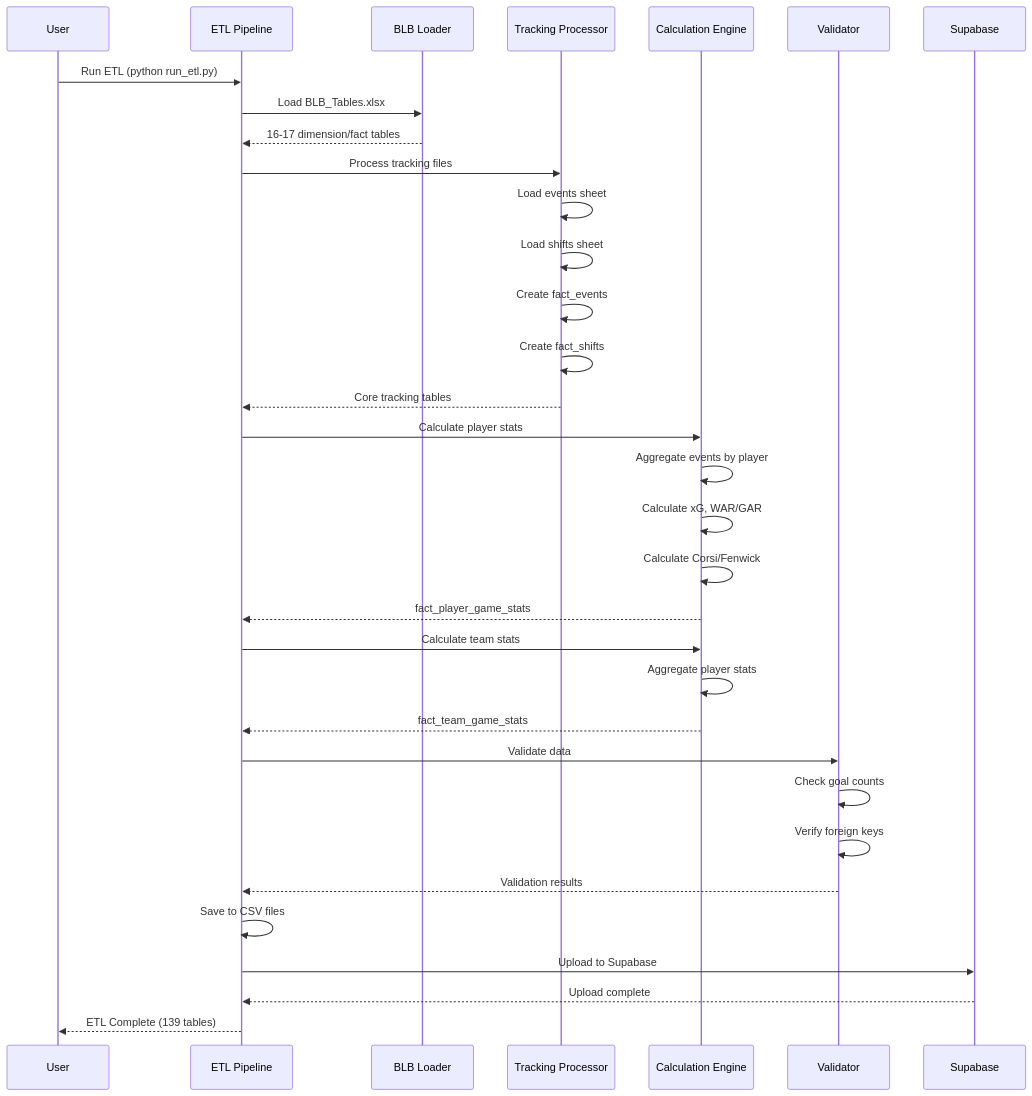
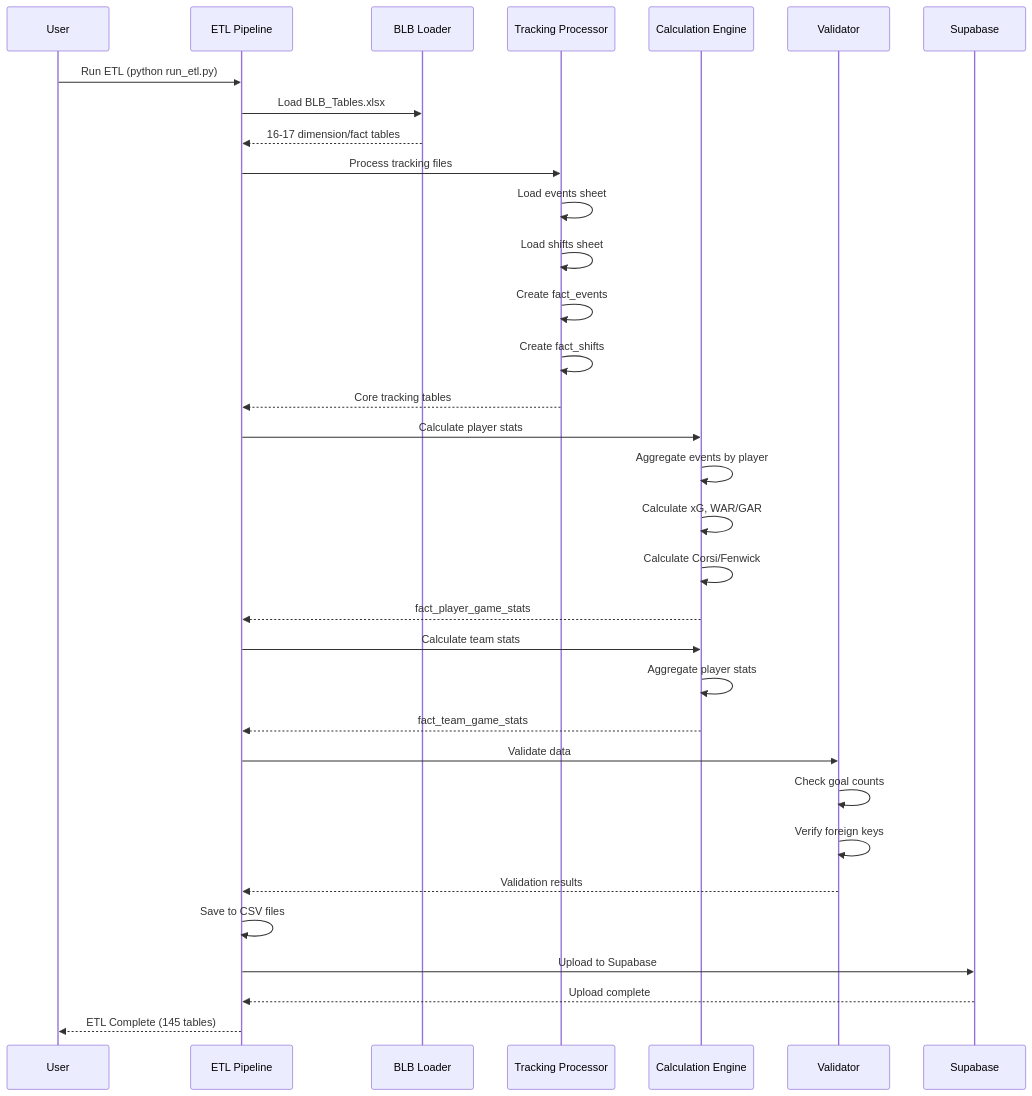
One commit to ronniepinnell/benchsight changed the fifth of 10 diagrams in docs/etl/ETL_FLOW_DIAGRAMS.md. Above: the diagram before and after it, drawn with Mermaid. The commit also changed 6 other files, not shown here.

````diff
--- a/docs/etl/ETL_FLOW_DIAGRAMS.md
+++ b/docs/etl/ETL_FLOW_DIAGRAMS.md
@@ -274,41 +274,41 @@
 ```mermaid
 sequenceDiagram
     participant User
     participant ETL as ETL Pipeline
     participant BLB as BLB Loader
     participant TRK as Tracking Processor
     participant CALC as Calculation Engine
     participant VAL as Validator
     participant DB as Supabase
     
     User->>ETL: Run ETL (python run_etl.py)
     ETL->>BLB: Load BLB_Tables.xlsx
     BLB-->>ETL: 16-17 dimension/fact tables
     
     ETL->>TRK: Process tracking files
     TRK->>TRK: Load events sheet
     TRK->>TRK: Load shifts sheet
     TRK->>TRK: Create fact_events
     TRK->>TRK: Create fact_shifts
     TRK-->>ETL: Core tracking tables
     
     ETL->>CALC: Calculate player stats
     CALC->>CALC: Aggregate events by player
     CALC->>CALC: Calculate xG, WAR/GAR
     CALC->>CALC: Calculate Corsi/Fenwick
     CALC-->>ETL: fact_player_game_stats
     
     ETL->>CALC: Calculate team stats
     CALC->>CALC: Aggregate player stats
     CALC-->>ETL: fact_team_game_stats
     
     ETL->>VAL: Validate data
     VAL->>VAL: Check goal counts
     VAL->>VAL: Verify foreign keys
     VAL-->>ETL: Validation results
     
     ETL->>ETL: Save to CSV files
     ETL->>DB: Upload to Supabase
     DB-->>ETL: Upload complete
-    ETL-->>User: ETL Complete (139 tables)
+    ETL-->>User: ETL Complete (145 tables)
 ```
````
